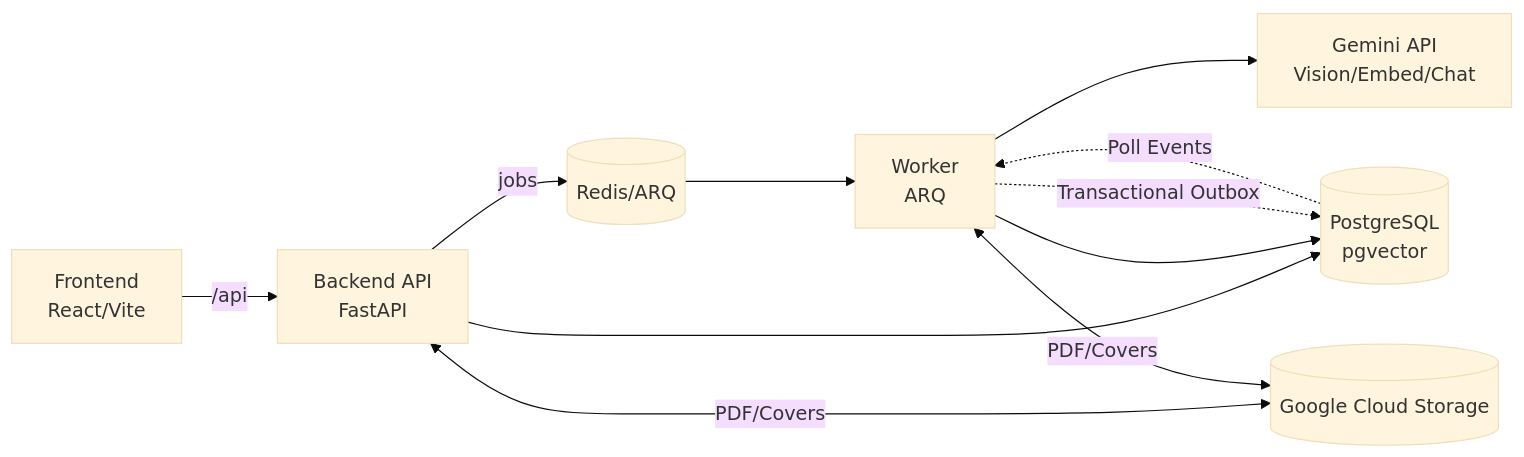
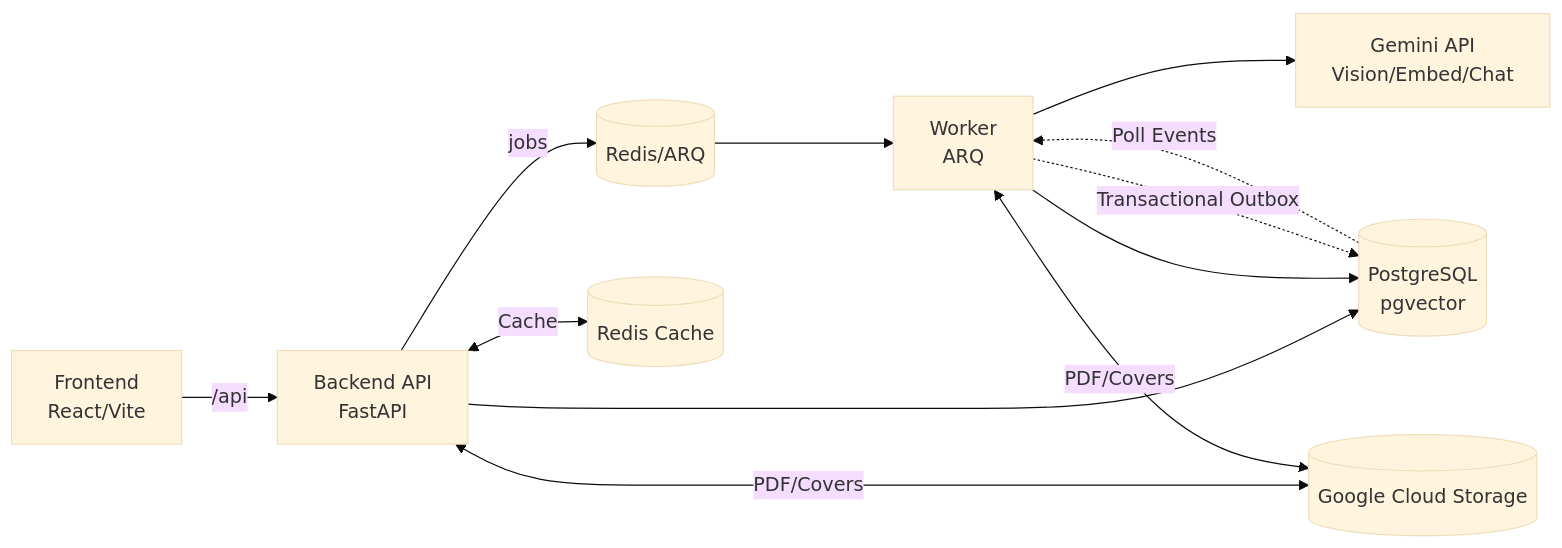
One commit to Kitabim-AI/kitabim-ai changed the diagram in docs/SYSTEM_DESIGN.md. Above: the diagram before and after it, drawn with Mermaid (base theme). The commit also changed other lines of this file and 45 other files, not shown here.

````diff
--- a/docs/SYSTEM_DESIGN.md
+++ b/docs/SYSTEM_DESIGN.md
@@ -47,13 +50,14 @@
 ```mermaid
 flowchart LR
   FE[Frontend<br/>React/Vite] -->|/api| BE[Backend API<br/>FastAPI]
   BE -->|jobs| RQ[(Redis/ARQ)]
   RQ --> WK[Worker<br/>ARQ]
   WK --> GEM[Gemini API<br/>Vision/Embed/Chat]
   BE --> DB[(PostgreSQL<br/>pgvector)]
   WK --> DB
   WK -.->|Transactional Outbox| DB
   DB -.->|Poll Events| WK
   BE <-->|PDF/Covers| GCS[(Google Cloud Storage)]
   WK <-->|PDF/Covers| GCS
+  BE <--Cache--> CACHE[(Redis Cache)]
 ```
````
